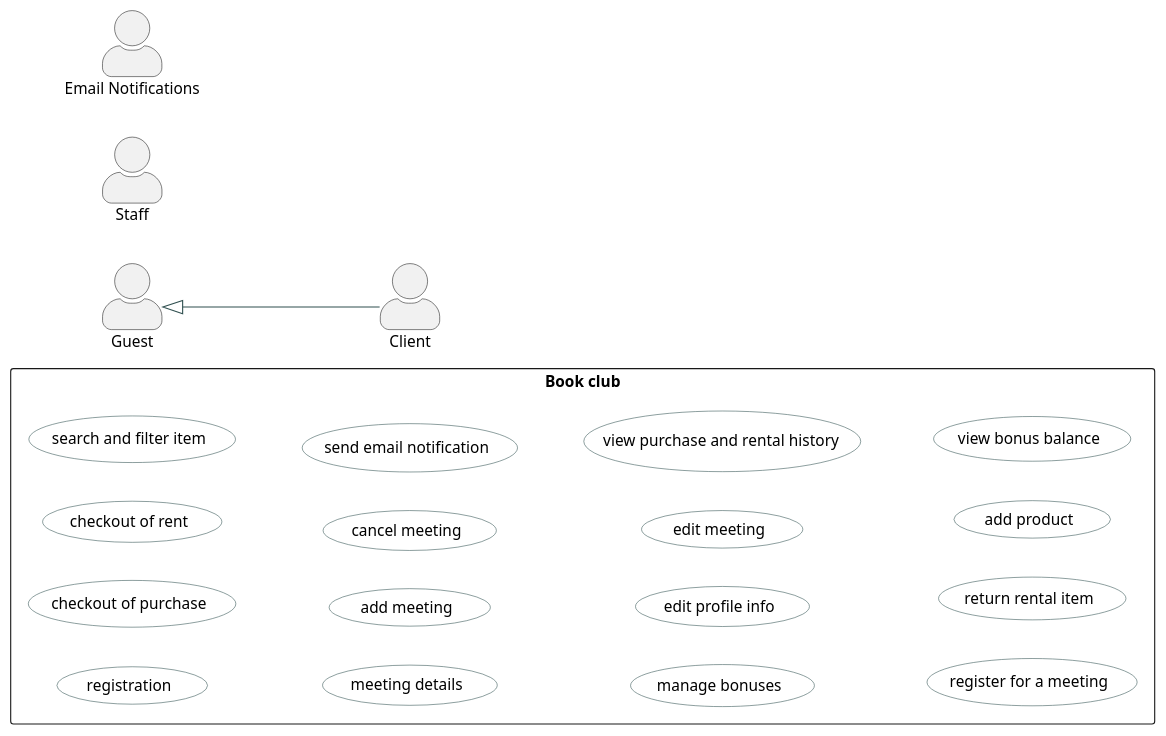
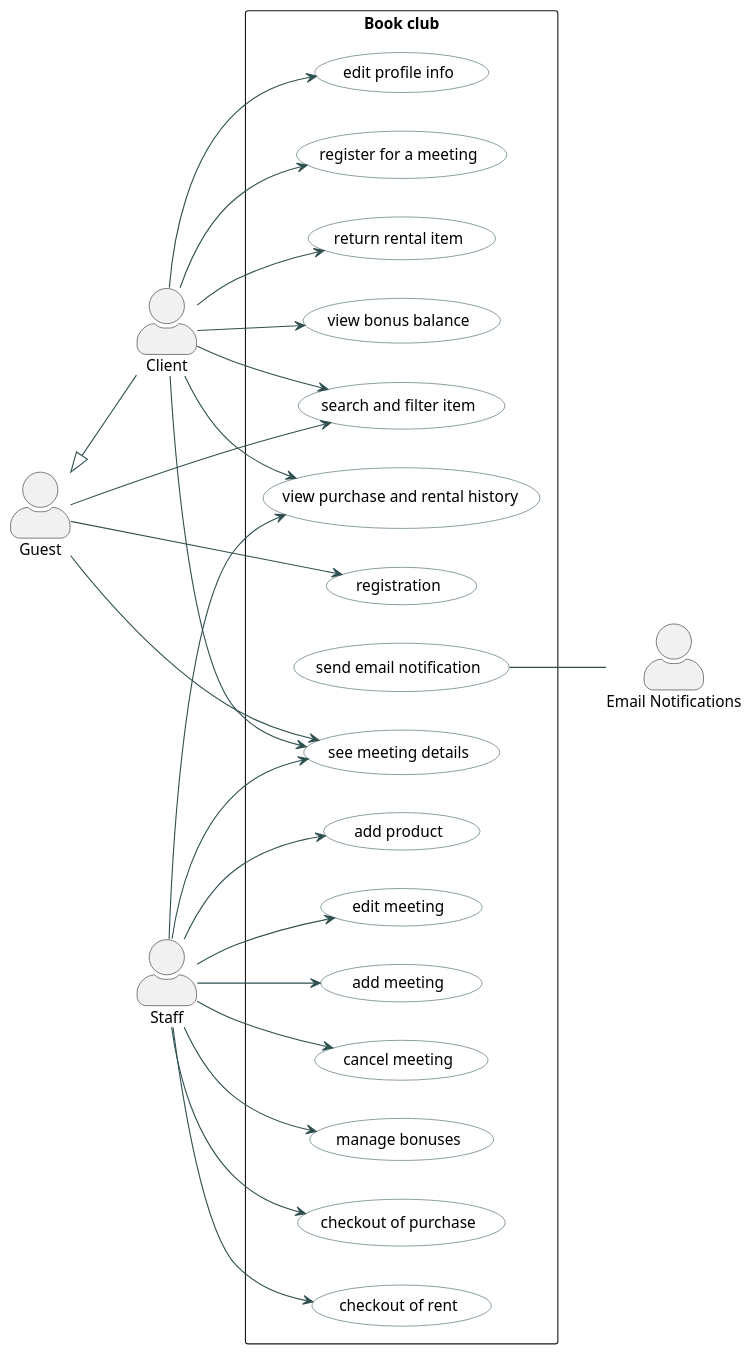
Before and after one commit to sofiakiosova37-boop/bookshop_kpi2: the diagram in task2/usecase.puml, drawn with PlantUML.

Commit message:
Conections in usecase file between actors and usecase added

```diff
--- a/task2/usecase.puml
+++ b/task2/usecase.puml
@@ -1,38 +1,61 @@
 @startuml
 left to right direction
 skinparam packageStyle rectangle
 skinparam actorStyle awesome
 skinparam usecase {
     BackgroundColor LightPurple
     BorderColor DarkSlateGray
     ArrowColor DarkSlateGray
 }
 
 actor "Guest" as Guest
 actor "Client" as Client
 actor "Staff" as Staff
 actor "Email Notifications" as EN
 
 Guest <|-- Client
 
 rectangle "Book club" {
     usecase "registration" as UC1
     usecase "checkout of purchase" as UC2
     usecase "checkout of rent" as UC3
     usecase "search and filter item" as UC4
-    usecase "meeting details" as UC5
+    usecase "see meeting details" as UC5
     usecase "add meeting" as UC6
     usecase "cancel meeting" as UC7
     usecase "send email notification" as UC8
     usecase "manage bonuses" as UC9
     usecase "edit profile info" as UC10
     usecase "edit meeting" as UC11
     usecase "view purchase and rental history" as UC12
     usecase "register for a meeting" as UC13
     usecase "return rental item" as UC14
     usecase "add product" as UC15
     usecase "view bonus balance" as UC16
 }
 
+Guest --> UC1
+Guest --> UC4
+Guest --> UC5
+
+Client -->UC4
+Client -->UC5
+Client -->UC10
+Client -->UC12
+Client -->UC13
+Client -->UC14
+Client -->UC16
+
+Staff --> UC2
+Staff --> UC3
+Staff --> UC5
+Staff --> UC6
+Staff --> UC7
+Staff --> UC9
+Staff --> UC11
+Staff --> UC12
+Staff --> UC15
+
+UC8 --EN
 
 @enduml
```
